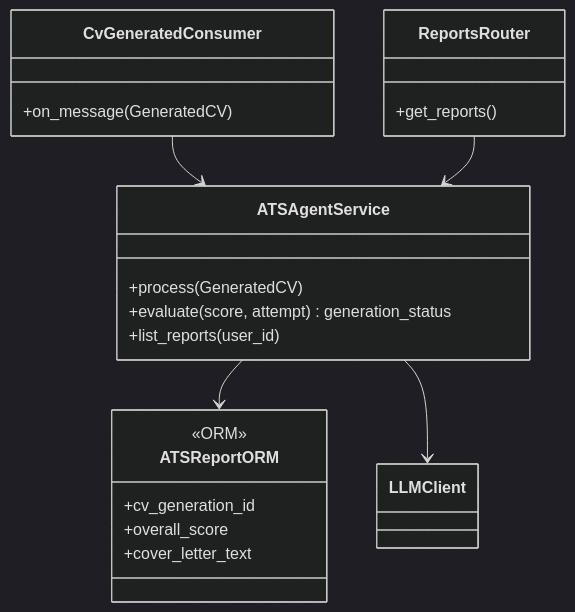
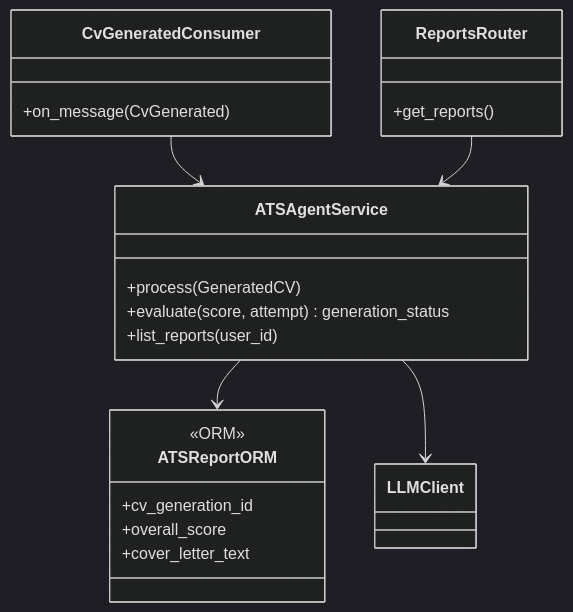
The seventh of 9 diagrams in docs/CLASS_DIAGRAM.md (Tooltu-deve/Autonomous-Career-Agent), drawn with Mermaid (dark theme) before and after one commit. The commit also changed other lines of this file and 1 other file, not shown here.

Commit message:
docs(libs): record contract alignment (F1-F5) and update class diagram

````diff
--- a/docs/CLASS_DIAGRAM.md
+++ b/docs/CLASS_DIAGRAM.md
@@ -208,24 +213,24 @@
 ```mermaid
 classDiagram
     class CvGeneratedConsumer {
-        +on_message(GeneratedCV)
+        +on_message(CvGenerated)
     }
     class ReportsRouter {
         +get_reports()
     }
     class ATSAgentService {
         +process(GeneratedCV)
         +evaluate(score, attempt) generation_status
         +list_reports(user_id)
     }
     class ATSReportORM {
         <<ORM>>
         +cv_generation_id
         +overall_score
         +cover_letter_text
     }
     CvGeneratedConsumer --> ATSAgentService
     ReportsRouter --> ATSAgentService
     ATSAgentService --> ATSReportORM
     ATSAgentService --> LLMClient
 ```
````
